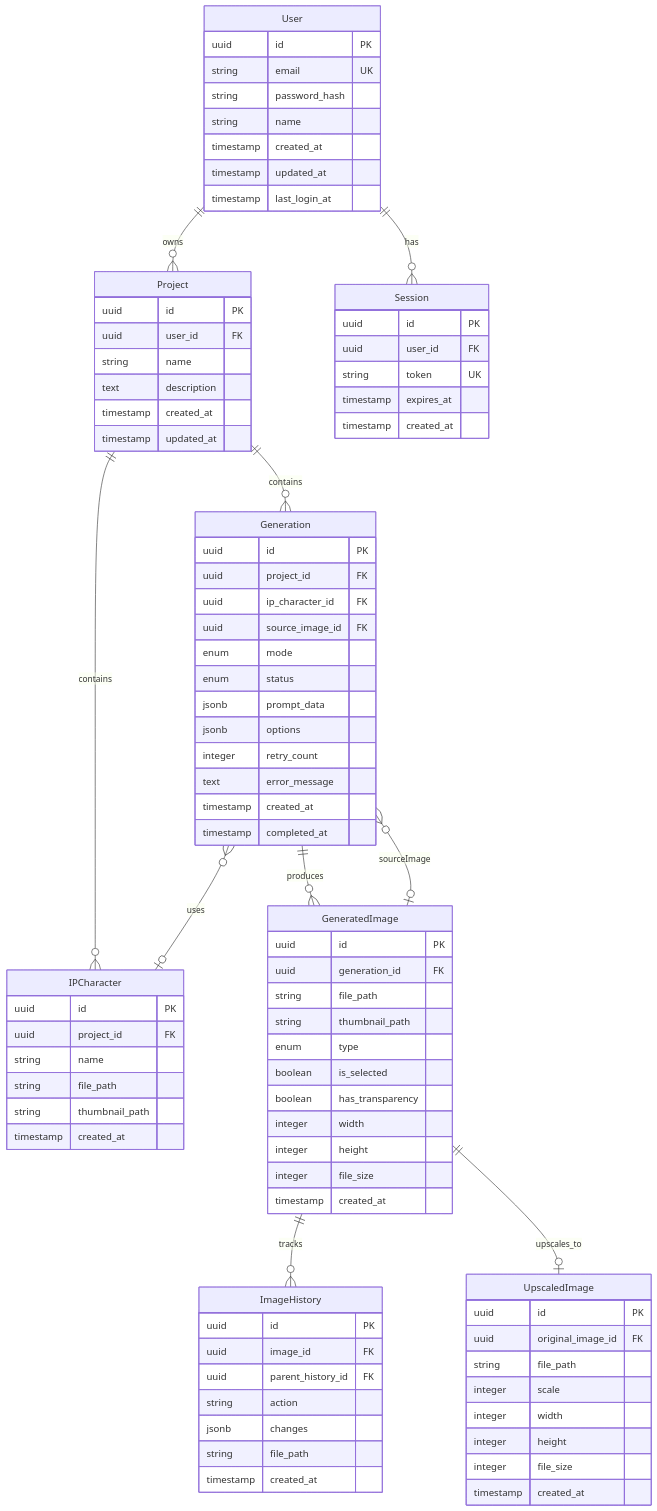
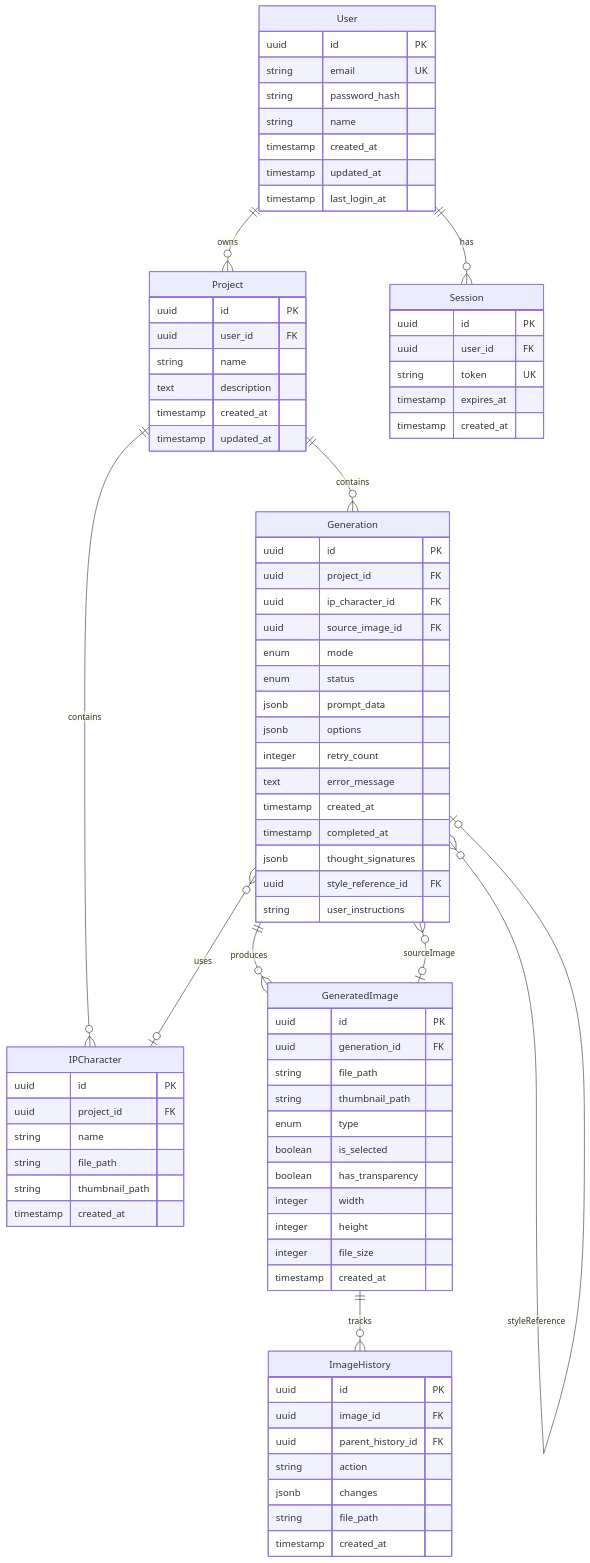
The diagram in docs/ERD.md (sangwopark19/icons-ai-mockup), drawn with Mermaid before and after one commit. The commit also changed other lines of this file and 7 other files, not shown here.

````diff
--- a/docs/ERD.md
+++ b/docs/ERD.md
@@ -19,16 +20,16 @@
 erDiagram
     User ||--o{ Project : "owns"
     User ||--o{ Session : "has"
-    
+
     Project ||--o{ IPCharacter : "contains"
     Project ||--o{ Generation : "contains"
-    
+
     Generation ||--o{ GeneratedImage : "produces"
     Generation }o--o| IPCharacter : "uses"
     Generation }o--o| GeneratedImage : "sourceImage"
-    
+    Generation }o--o| Generation : "styleReference"
+
     GeneratedImage ||--o{ ImageHistory : "tracks"
-    GeneratedImage ||--o| UpscaledImage : "upscales_to"
     
     User {
         uuid id PK
@@ -79,6 +80,9 @@
         text error_message
         timestamp created_at
         timestamp completed_at
+        jsonb thought_signatures
+        uuid style_reference_id FK
+        string user_instructions
     }
     
     GeneratedImage {
@@ -104,15 +108,4 @@
         string file_path
         timestamp created_at
     }
-    
-    UpscaledImage {
-        uuid id PK
-        uuid original_image_id FK
-        string file_path
-        integer scale
-        integer width
-        integer height
-        integer file_size
-        timestamp created_at
-    }
 ```
````
